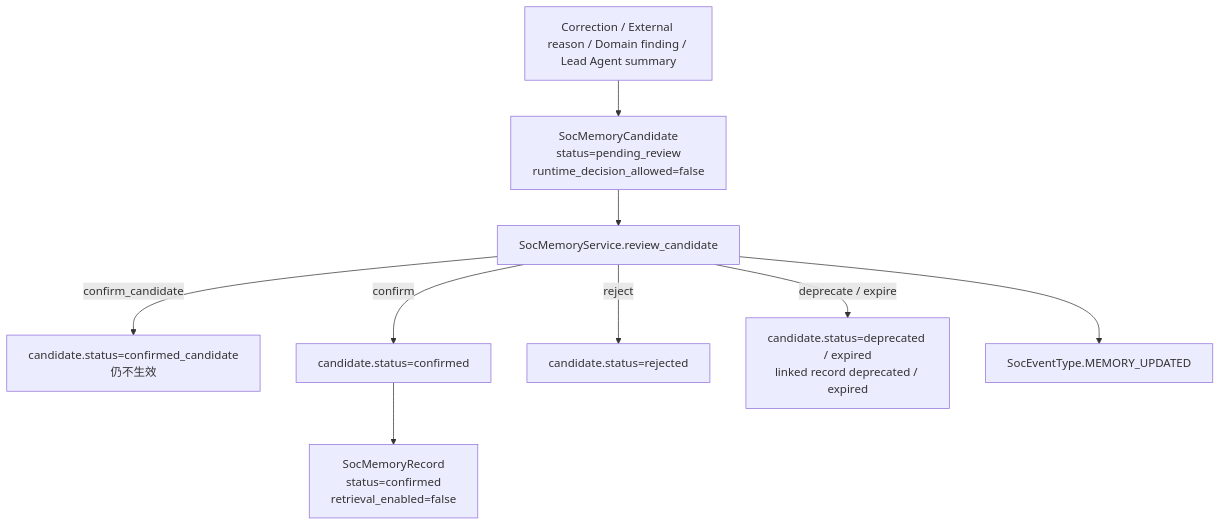
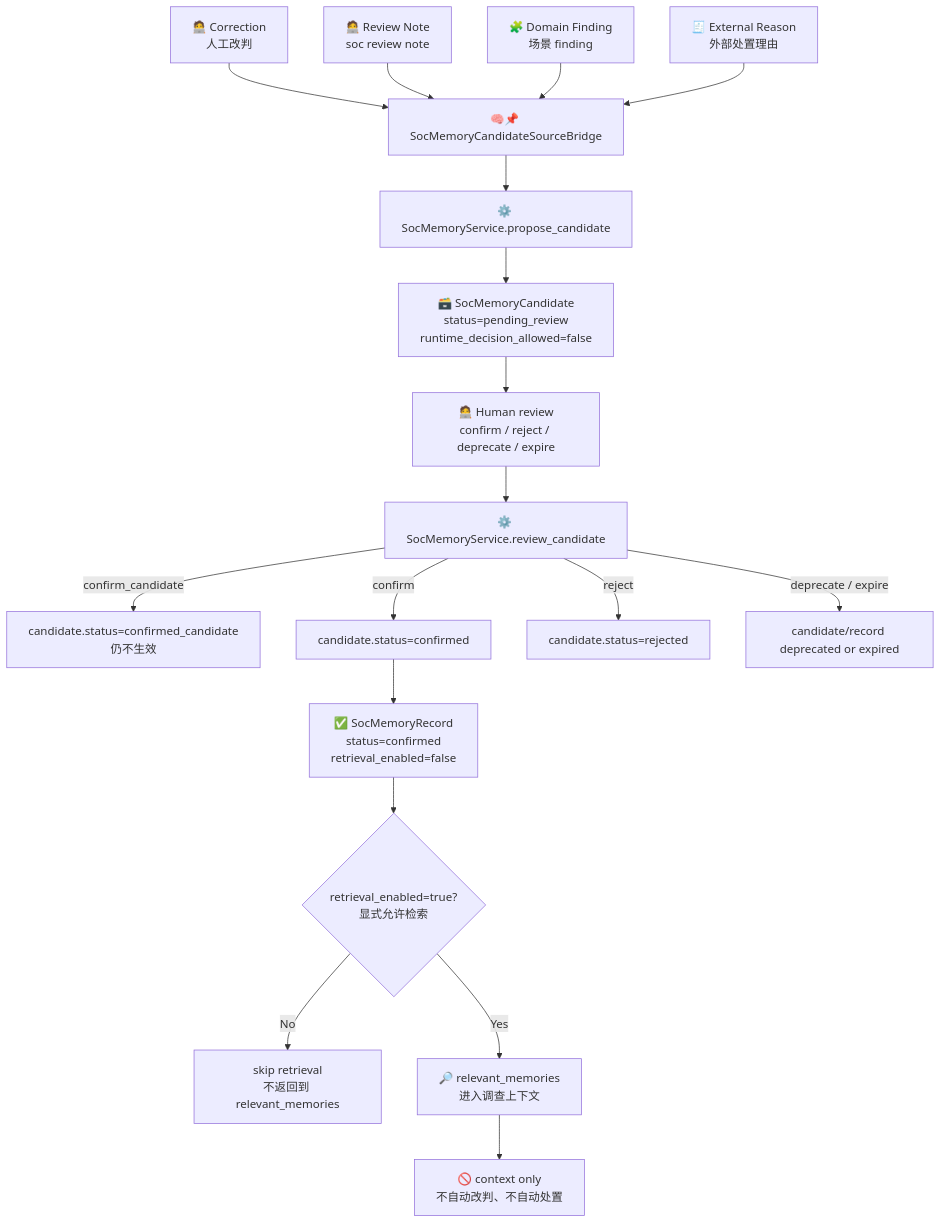
The ninth of 16 diagrams in .notes/ai_soc/alert-lifecycle-flow.md (yydspanda/deer-flow), drawn with Mermaid before and after one commit. The commit also changed other lines of this file and 23 other files, not shown here.

Commit message:
Add SOC review notes and organize AI SOC docs

````diff
--- a/.notes/ai_soc/alert-lifecycle-flow.md
+++ b/.notes/ai_soc/alert-lifecycle-flow.md
@@ -220,11 +356,24 @@
 ```mermaid
 flowchart TD
-    Source["Correction / External reason / Domain finding / Lead Agent summary"] --> Candidate["SocMemoryCandidate\nstatus=pending_review\nruntime_decision_allowed=false"]
-    Candidate --> Service["SocMemoryService.review_candidate"]
-    Service -->|confirm_candidate| ConfirmCandidate["candidate.status=confirmed_candidate\n仍不生效"]
-    Service -->|confirm| Confirm["candidate.status=confirmed"]
-    Confirm --> Record["SocMemoryRecord\nstatus=confirmed\nretrieval_enabled=false"]
-    Service -->|reject| Reject["candidate.status=rejected"]
-    Service -->|deprecate / expire| Retire["candidate.status=deprecated / expired\nlinked record deprecated / expired"]
-    Service --> Event["SocEventType.MEMORY_UPDATED"]
+    A["🧑‍💻 Correction<br/>人工改判"] --> B["🧠📌 SocMemoryCandidateSourceBridge"]
+    C["🧑‍💻 Review Note<br/>soc review note"] --> B
+    D["🧩 Domain Finding<br/>场景 finding"] --> B
+    E["🧾 External Reason<br/>外部处置理由"] --> B
+
+    B --> F["⚙️ SocMemoryService.propose_candidate"]
+    F --> G["🗃️ SocMemoryCandidate<br/>status=pending_review<br/>runtime_decision_allowed=false"]
+
+    G --> H["🧑‍💻 Human review<br/>confirm / reject / deprecate / expire"]
+    H --> I["⚙️ SocMemoryService.review_candidate"]
+
+    I -->|confirm_candidate| J["candidate.status=confirmed_candidate<br/>仍不生效"]
+    I -->|confirm| K["candidate.status=confirmed"]
+    K --> L["✅ SocMemoryRecord<br/>status=confirmed<br/>retrieval_enabled=false"]
+    I -->|reject| M["candidate.status=rejected"]
+    I -->|deprecate / expire| N["candidate/record deprecated or expired"]
+
+    L --> O{"retrieval_enabled=true?<br/>显式允许检索"}
+    O -->|No| P["skip retrieval<br/>不返回到 relevant_memories"]
+    O -->|Yes| Q["🔎 relevant_memories<br/>进入调查上下文"]
+    Q --> R["🚫 context only<br/>不自动改判、不自动处置"]
 ```
````
